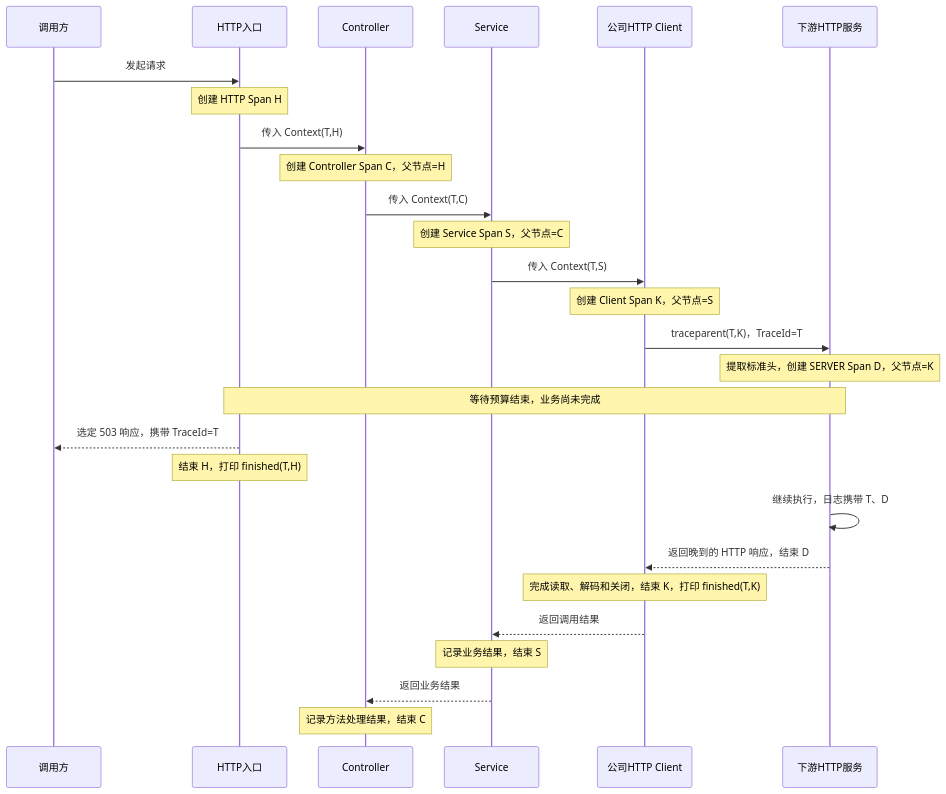
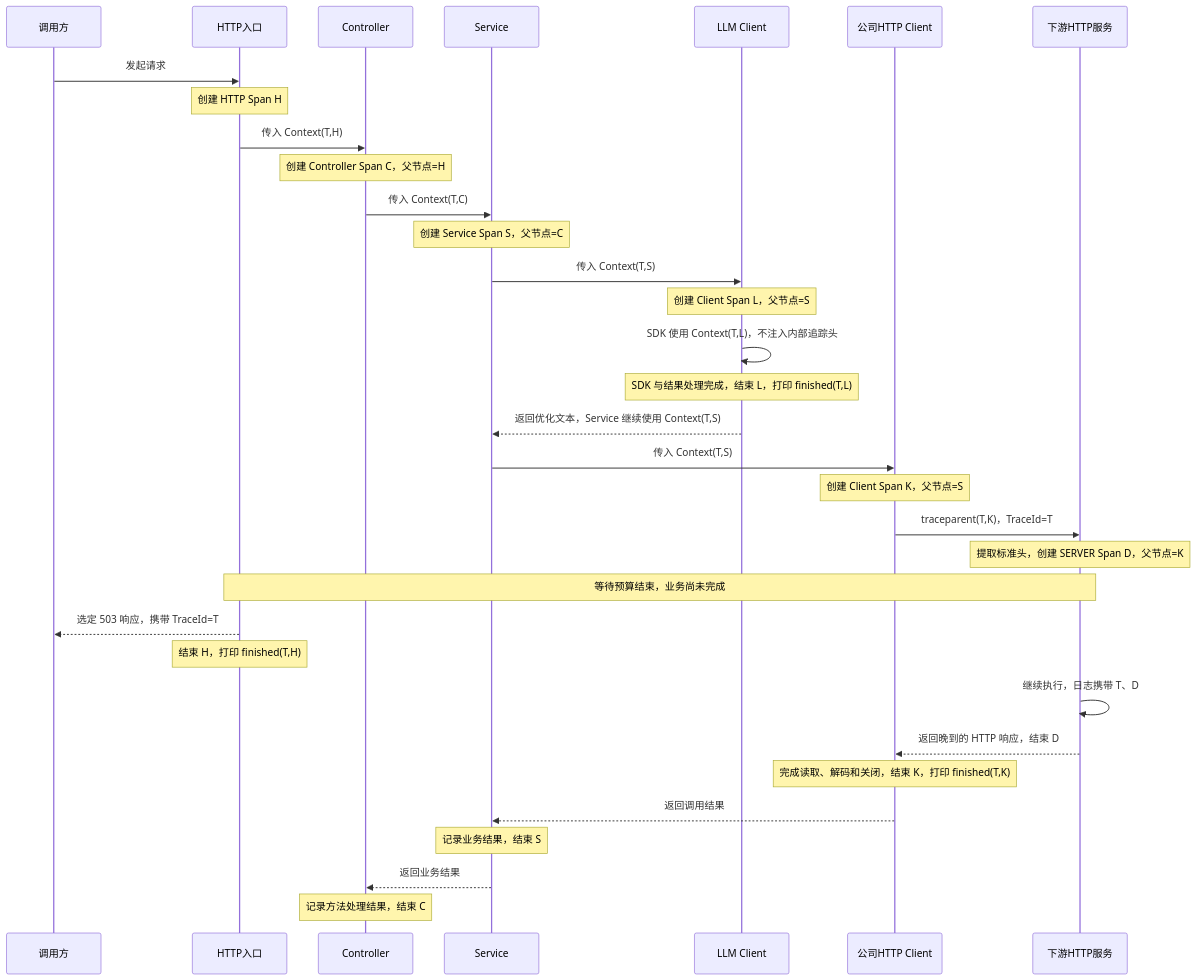
One commit to icecream154/go-service-template changed the second of 2 diagrams in specifications/application/application-log.md. Above: the diagram before and after it, drawn with Mermaid. The commit also changed other lines of this file and 7 other files, not shown here.

Commit message:
feat: add thirdparty sdk span

````diff
--- a/specifications/application/application-log.md
+++ b/specifications/application/application-log.md
@@ -440,29 +444,35 @@
 ```mermaid
 sequenceDiagram
     participant U as 调用方
     participant H as HTTP入口
     participant C as Controller
     participant S as Service
+    participant L as LLM Client
     participant K as 公司HTTP Client
     participant D as 下游HTTP服务
     U->>H: 发起请求
     Note over H: 创建 HTTP Span H
     H->>C: 传入 Context(T,H)
     Note over C: 创建 Controller Span C，父节点=H
     C->>S: 传入 Context(T,C)
     Note over S: 创建 Service Span S，父节点=C
+    S->>L: 传入 Context(T,S)
+    Note over L: 创建 Client Span L，父节点=S
+    L->>L: SDK 使用 Context(T,L)，不注入内部追踪头
+    Note over L: SDK 与结果处理完成，结束 L，打印 finished(T,L)
+    L-->>S: 返回优化文本，Service 继续使用 Context(T,S)
     S->>K: 传入 Context(T,S)
     Note over K: 创建 Client Span K，父节点=S
     K->>D: traceparent(T,K)，TraceId=T
     Note over D: 提取标准头，创建 SERVER Span D，父节点=K
     Note over H,D: 等待预算结束，业务尚未完成
     H-->>U: 选定 503 响应，携带 TraceId=T
     Note over H: 结束 H，打印 finished(T,H)
     D->>D: 继续执行，日志携带 T、D
     D-->>K: 返回晚到的 HTTP 响应，结束 D
     Note over K: 完成读取、解码和关闭，结束 K，打印 finished(T,K)
     K-->>S: 返回调用结果
     Note over S: 记录业务结果，结束 S
     S-->>C: 返回业务结果
     Note over C: 记录方法处理结果，结束 C
 ```
````
